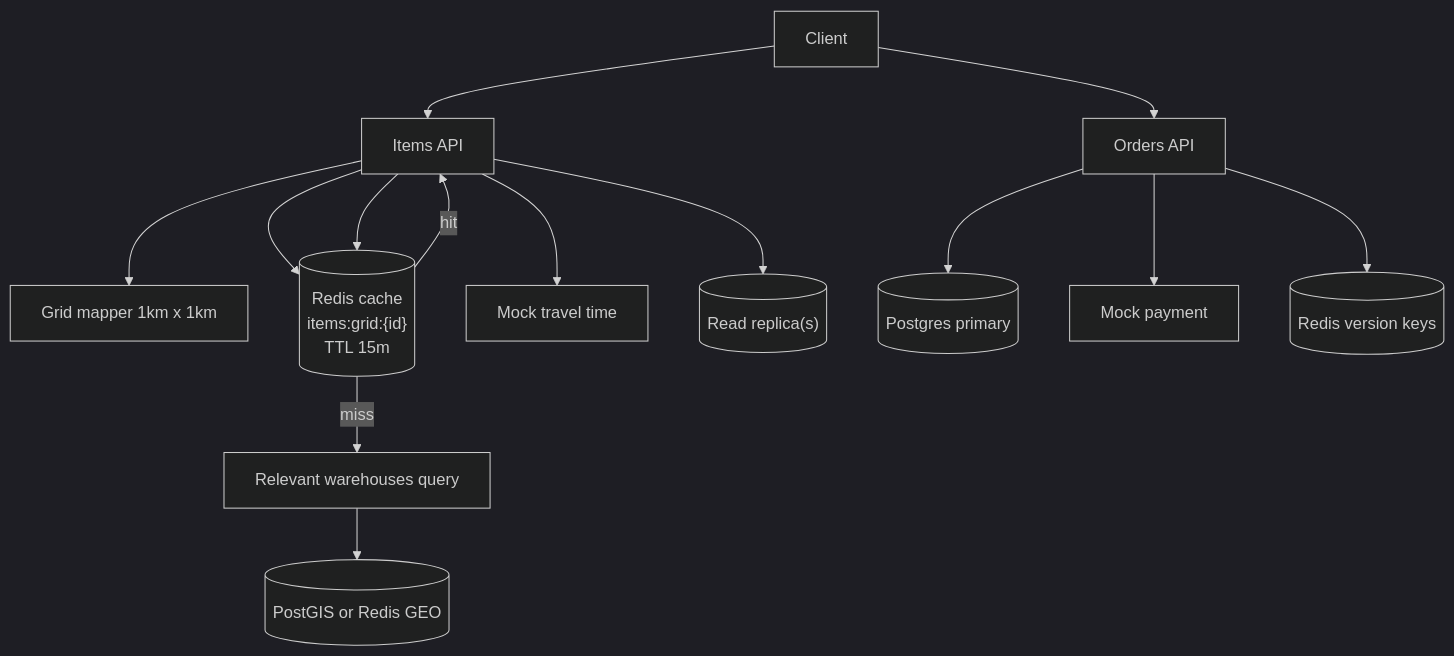
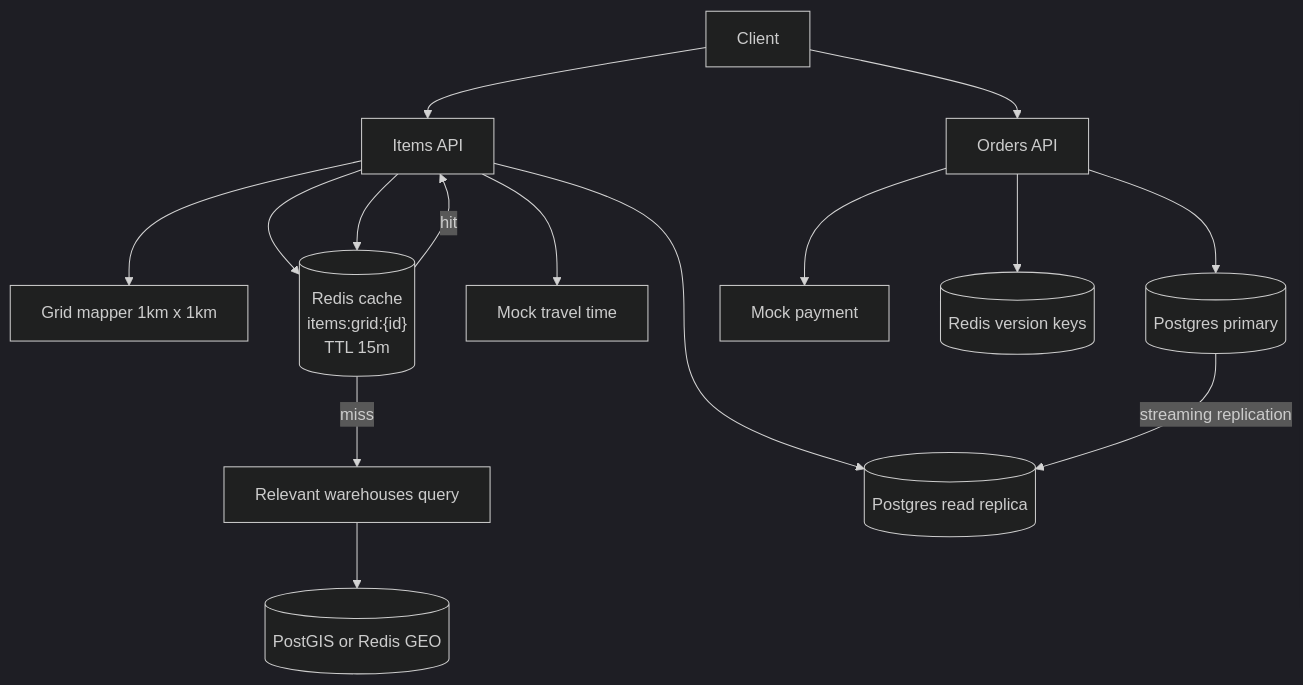
One commit to ShalomDeitch1/examples changed the diagram in localDelivery/optimizedLocalDeliveryService/README.md. Above: the diagram before and after it, drawn with Mermaid (dark theme). The commit also changed other lines of this file and 16 other files, not shown here.

````diff
--- a/localDelivery/optimizedLocalDeliveryService/README.md
+++ b/localDelivery/optimizedLocalDeliveryService/README.md
@@ -16,18 +16,20 @@
 ```mermaid
 graph TB
   Client[Client] --> ItemsAPI[Items API]
   Client --> OrdersAPI[Orders API]
 
   ItemsAPI --> Grid[Grid mapper 1km x 1km]
   ItemsAPI --> Cache[("Redis cache\nitems:grid:{id}\nTTL 15m")]
   Cache -- hit --> ItemsAPI
   Cache -- miss --> Warehouses[Relevant warehouses query]
   Warehouses --> Geo[(PostGIS or Redis GEO)]
   ItemsAPI --> Travel[Mock travel time]
-  ItemsAPI --> ReadDB[("Read replica(s)")]
+  ItemsAPI --> ReadDB[("Postgres read replica")]
   ItemsAPI --> Cache
 
   OrdersAPI --> Primary[(Postgres primary)]
   OrdersAPI --> Payment[Mock payment]
   OrdersAPI --> CacheVersion[(Redis version keys)]
+
+  Primary -- streaming replication --> ReadDB
 ```
````
